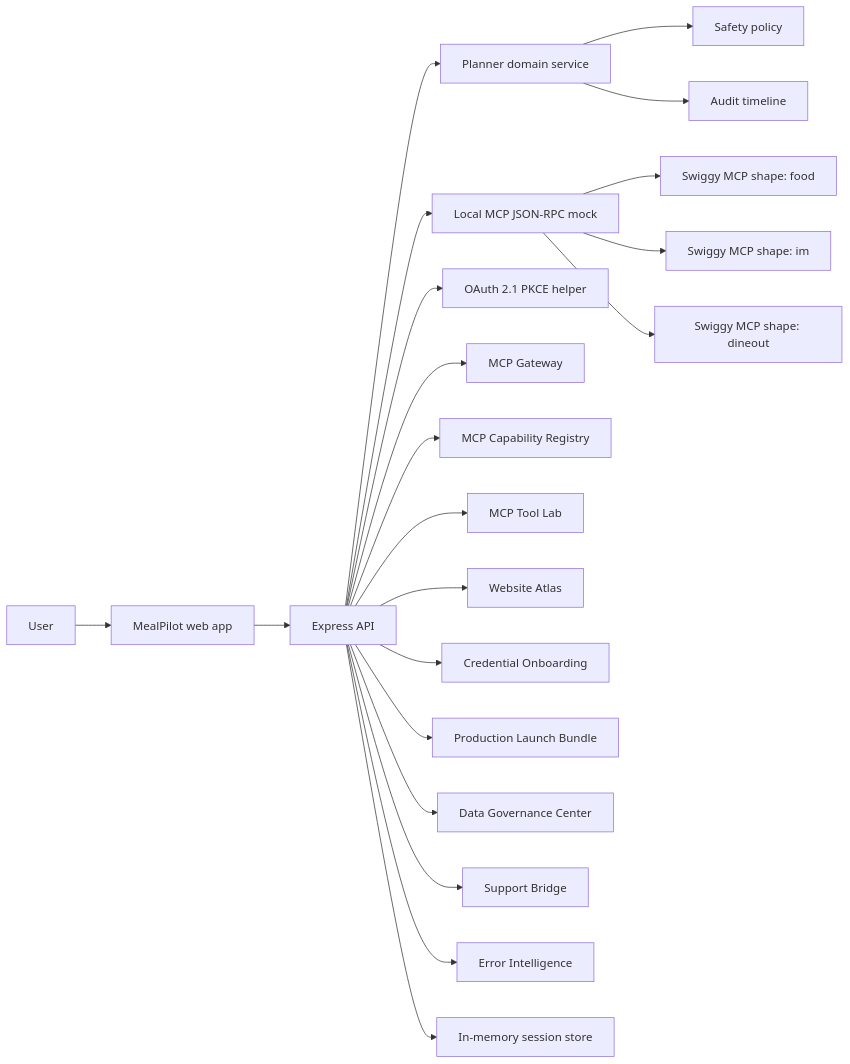
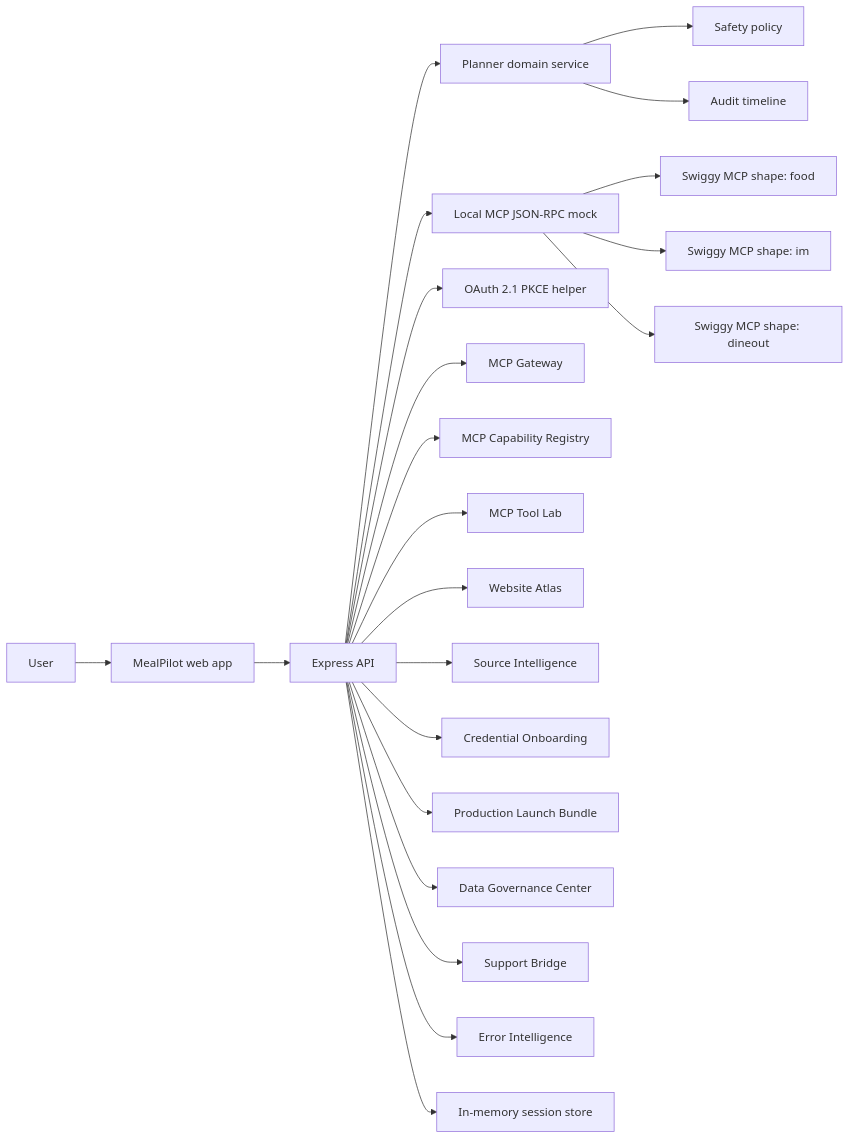
The diagram in docs/architecture.md (Farhankhan0128/MealPilot), drawn with Mermaid before and after one commit. The commit also changed other lines of this file and 19 other files, not shown here.

Commit message:
Add Swiggy source intelligence center

````diff
--- a/docs/architecture.md
+++ b/docs/architecture.md
@@ -7,23 +7,24 @@
 ```mermaid
 flowchart LR
   U["User"] --> UI["MealPilot web app"]
   UI --> API["Express API"]
   API --> Planner["Planner domain service"]
   Planner --> Safety["Safety policy"]
   API --> Mock["Local MCP JSON-RPC mock"]
   API --> Auth["OAuth 2.1 PKCE helper"]
   API --> Gateway["MCP Gateway"]
   API --> Registry["MCP Capability Registry"]
   API --> ToolLab["MCP Tool Lab"]
   API --> Atlas["Website Atlas"]
+  API --> SourceIntel["Source Intelligence"]
   API --> Credential["Credential Onboarding"]
   API --> Launch["Production Launch Bundle"]
   API --> DataGov["Data Governance Center"]
   API --> Support["Support Bridge"]
   API --> Errors["Error Intelligence"]
   Mock --> Food["Swiggy MCP shape: food"]
   Mock --> IM["Swiggy MCP shape: im"]
   Mock --> Dineout["Swiggy MCP shape: dineout"]
   API --> Store["In-memory session store"]
   Planner --> Obs["Audit timeline"]
 ```
````
